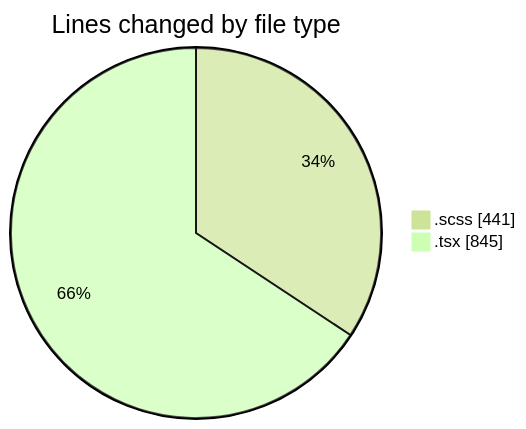
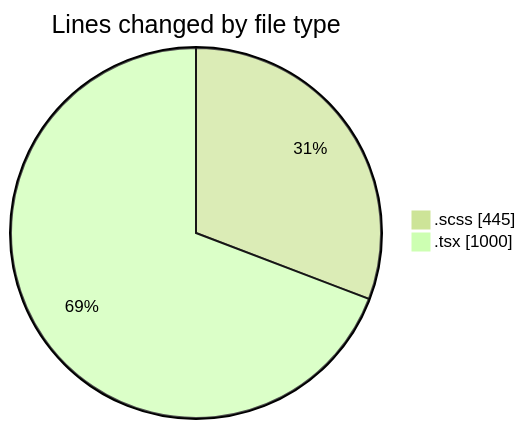
One commit to momahboobian/code-tracking changed the first of 2 diagrams in 2025-03-28/cda/README.md. Above: the diagram before and after it, drawn with Mermaid (forest theme). The commit also changed other lines of this file and 1 other file, not shown here.

````diff
--- a/2025-03-28/cda/README.md
+++ b/2025-03-28/cda/README.md
@@ -23,6 +23,6 @@
 ```mermaid
 pie showData
 title Lines changed by file type
-".scss" : 441
-".tsx" : 845
+".scss" : 445
+".tsx" : 1000
 ```
````
